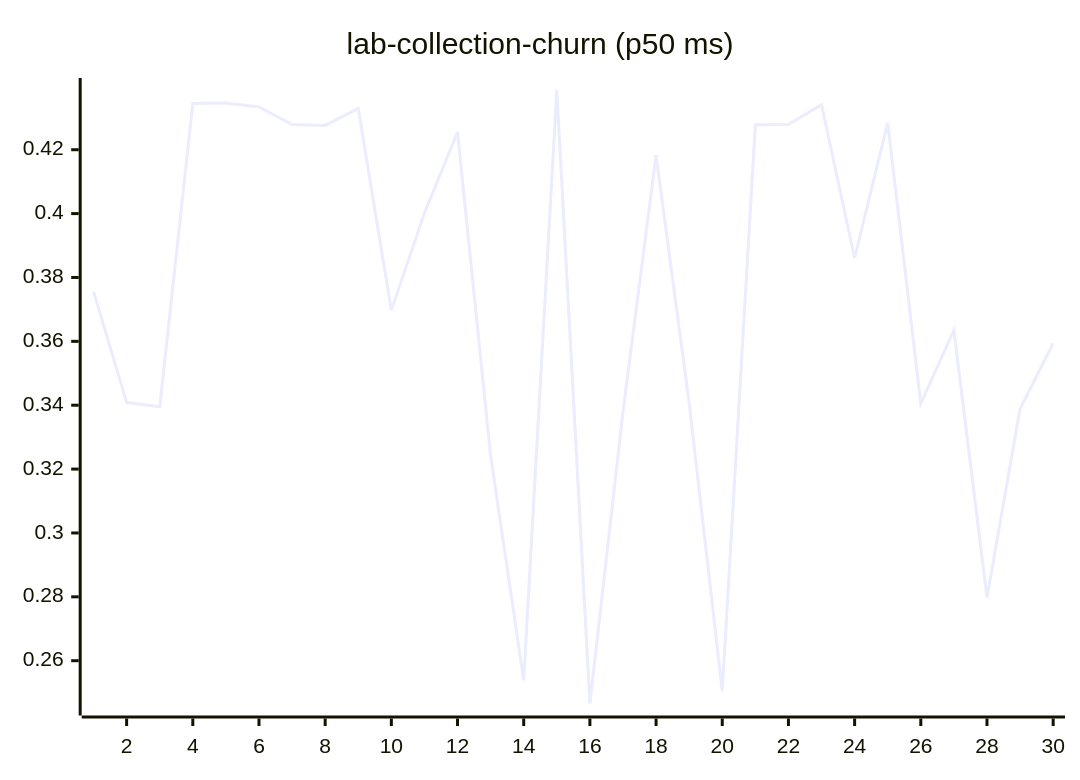
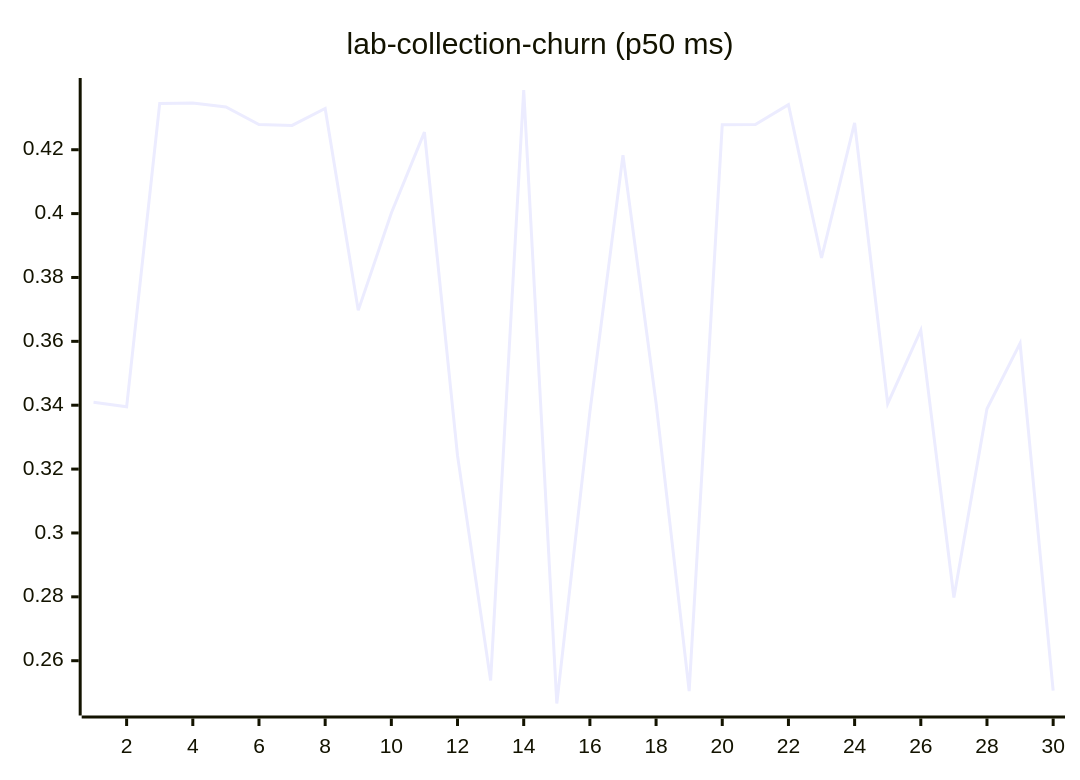
Diagram 11 of 27 in README.md (josha/Facet), drawn with Mermaid before and after one commit. The commit also changed other lines of this file and 2 other files, not shown here.

````diff
--- a/README.md
+++ b/README.md
@@ -133,6 +133,6 @@
 ```mermaid
 xychart-beta
     title "lab-collection-churn (p50 ms)"
     x-axis 1 --> 30
-    line [0.3756, 0.3409, 0.3395, 0.4345, 0.4346, 0.4334, 0.4279, 0.4276, 0.4329, 0.3697, 0.4002, 0.4255, 0.3242, 0.2538, 0.4387, 0.2466, 0.3379, 0.4183, 0.3407, 0.2505, 0.4278, 0.4279, 0.4341, 0.3861, 0.4284, 0.3405, 0.3635, 0.2798, 0.3389, 0.3594]
+    line [0.3409, 0.3395, 0.4345, 0.4346, 0.4334, 0.4279, 0.4276, 0.4329, 0.3697, 0.4002, 0.4255, 0.3242, 0.2538, 0.4387, 0.2466, 0.3379, 0.4183, 0.3407, 0.2505, 0.4278, 0.4279, 0.4341, 0.3861, 0.4284, 0.3405, 0.3635, 0.2798, 0.3389, 0.3594, 0.2506]
 ```
````
